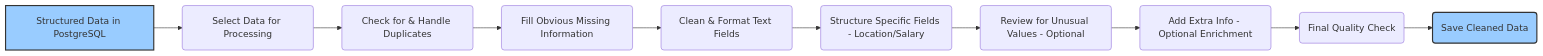
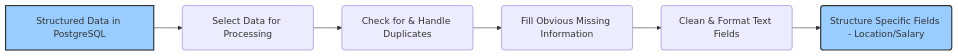
Before and after one commit to jryusuf/web_scraper: the first of 2 diagrams in project/docs/processing/workflow.md, drawn with Mermaid. The commit also changed other lines of this file, not shown here.

Commit message:
slice graph and move closer to related part

````diff
--- a/project/docs/processing/workflow.md
+++ b/project/docs/processing/workflow.md
@@ -9,15 +9,11 @@
 ```mermaid
 graph LR
     A[Structured Data in PostgreSQL] --> B(Select Data for Processing);
     B --> C(Check for & Handle Duplicates);
     C --> D(Fill Obvious Missing Information);
     D --> E(Clean & Format Text Fields);
     E --> F(Structure Specific Fields - Location/Salary);
-    F --> G(Review for Unusual Values - Optional);
-    G --> H(Add Extra Info - Optional Enrichment);
-    H --> I(Final Quality Check);
-    I --> J(Save Cleaned Data);
 
     style A fill:#9cf,stroke:#333,stroke-width:2px
-    style J fill:#9cf,stroke:#333,stroke-width:2px
+    style F fill:#9cf,stroke:#333,stroke-width:2px
 ```
````
